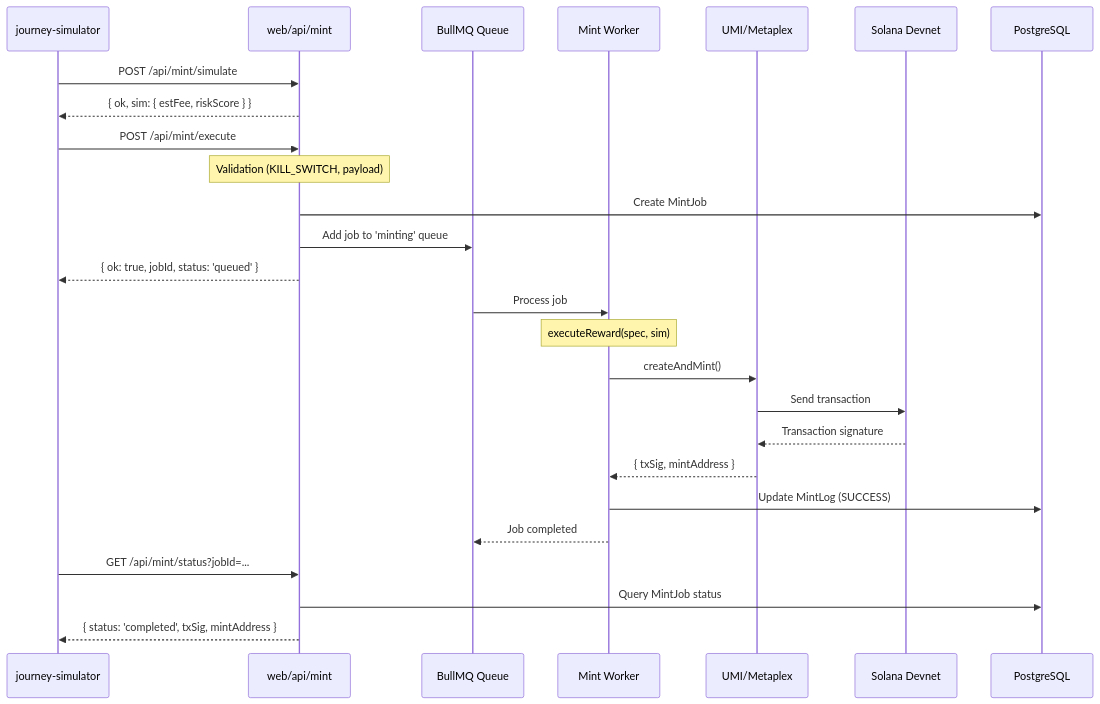
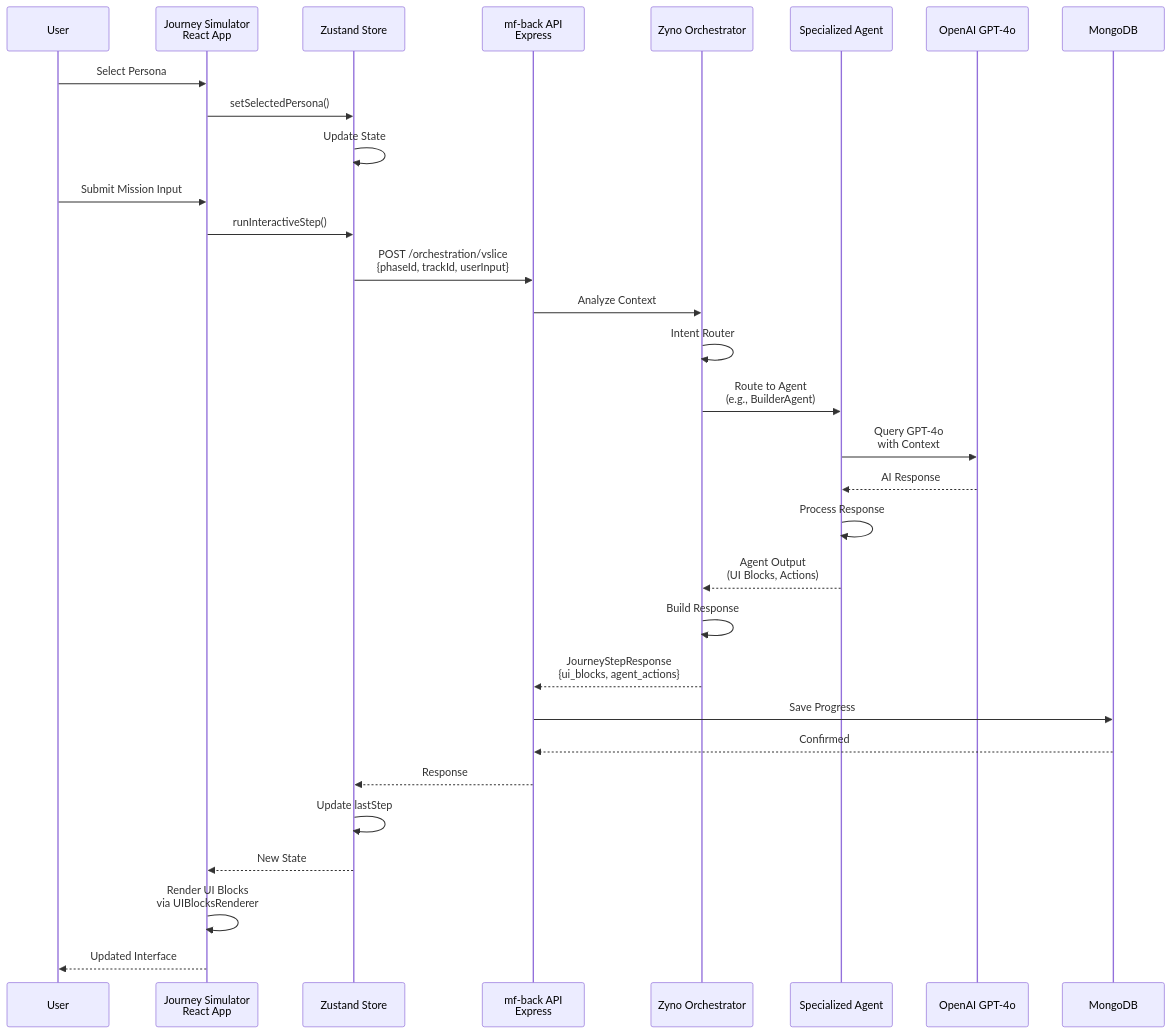
One commit to cyranoaladin/journey-simulator changed the second of 14 diagrams in docs/ARCHITECTURE_DIAGRAMS.md. Above: the diagram before and after it, drawn with Mermaid. The commit also changed other lines of this file and 302 other files, not shown here.

````diff
--- a/docs/ARCHITECTURE_DIAGRAMS.md
+++ b/docs/ARCHITECTURE_DIAGRAMS.md
@@ -71,32 +65,36 @@
 ```mermaid
 sequenceDiagram
-    participant UI as journey-simulator
-    participant API as web/api/mint
-    participant Queue as BullMQ Queue
-    participant Worker as Mint Worker
-    participant UMI as UMI/Metaplex
-    participant Solana as Solana Devnet
-    participant DB as PostgreSQL
+    participant U as User
+    participant JS as Journey Simulator<br/>React App
+    participant Store as Zustand Store
+    participant API as mf-back API<br/>Express
+    participant Z as Zyno Orchestrator
+    participant A as Specialized Agent
+    participant LLM as OpenAI GPT-4o
+    participant DB as MongoDB
 
-    UI->>API: POST /api/mint/simulate
-    API-->>UI: { ok, sim: { estFee, riskScore } }
+    U->>JS: Select Persona
+    JS->>Store: setSelectedPersona()
+    Store->>Store: Update State
 
-    UI->>API: POST /api/mint/execute
-    Note over API: Validation (KILL_SWITCH, payload)
-    API->>DB: Create MintJob
-    API->>Queue: Add job to 'minting' queue
-    API-->>UI: { ok: true, jobId, status: 'queued' }
+    U->>JS: Submit Mission Input
+    JS->>Store: runInteractiveStep()
+    Store->>API: POST /orchestration/vslice<br/>{phaseId, trackId, userInput}
 
-    Queue->>Worker: Process job
-    Note over Worker: executeReward(spec, sim)
-    Worker->>UMI: createAndMint()
-    UMI->>Solana: Send transaction
-    Solana-->>UMI: Transaction signature
-    UMI-->>Worker: { txSig, mintAddress }
-    Worker->>DB: Update MintLog (SUCCESS)
-    Worker-->>Queue: Job completed
-
-    UI->>API: GET /api/mint/status?jobId=...
-    API->>DB: Query MintJob status
-    API-->>UI: { status: 'completed', txSig, mintAddress }
+    API->>Z: Analyze Context
+    Z->>Z: Intent Router
+    Z->>A: Route to Agent<br/>(e.g., BuilderAgent)
+    A->>LLM: Query GPT-4o<br/>with Context
+    LLM-->>A: AI Response
+    A->>A: Process Response
+    A-->>Z: Agent Output<br/>(UI Blocks, Actions)
+    Z->>Z: Build Response
+    Z-->>API: JourneyStepResponse<br/>{ui_blocks, agent_actions}
+    API->>DB: Save Progress
+    DB-->>API: Confirmed
+    API-->>Store: Response
+    Store->>Store: Update lastStep
+    Store-->>JS: New State
+    JS->>JS: Render UI Blocks<br/>via UIBlocksRenderer
+    JS-->>U: Updated Interface
 ```
````
